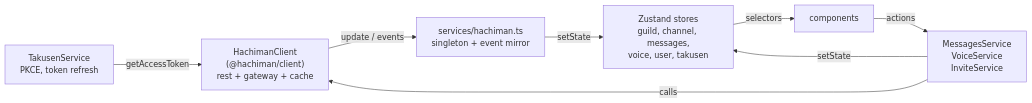
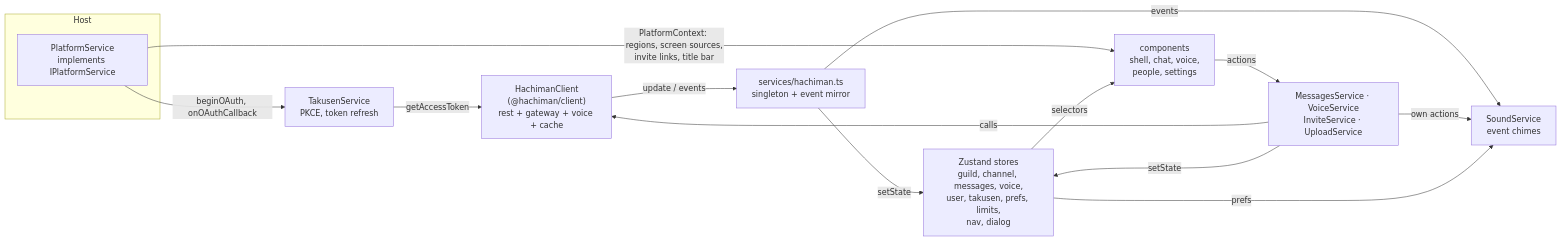
One commit to dan-hummelstad/hachiman changed the fourth of 4 diagrams in README.md. Above: the diagram before and after it, drawn with Mermaid. The commit also changed other lines of this file and 32 other files, not shown here.

````diff
--- a/README.md
+++ b/README.md
@@ -116,17 +170,27 @@
 ```mermaid
 flowchart LR
-  HC["HachimanClient<br/>(@hachiman/client)<br/>rest + gateway + cache"]
-  OS[TakusenService<br/>PKCE, token refresh]
+  subgraph Host
+    PS[PlatformService<br/>implements IPlatformService]
+  end
+
+  HC["HachimanClient<br/>(@hachiman/client)<br/>rest + gateway + voice + cache"]
   H[services/hachiman.ts<br/>singleton + event mirror]
-  S[MessagesService<br/>VoiceService<br/>InviteService]
-  ST[Zustand stores<br/>guild, channel, messages,<br/>voice, user, takusen]
-  UI[components]
+  TS[TakusenService<br/>PKCE, token refresh]
+  S[MessagesService · VoiceService<br/>InviteService · UploadService]
+  SND[SoundService<br/>event chimes]
+  ST[Zustand stores<br/>guild, channel, messages, voice,<br/>user, takusen, prefs, limits,<br/>nav, dialog]
+  UI[components<br/>shell, chat, voice,<br/>people, settings]
 
-  OS -- getAccessToken --> HC
+  PS -- beginOAuth, onOAuthCallback --> TS
+  PS -- PlatformContext: regions, screen sources,<br/>invite links, title bar --> UI
+  TS -- getAccessToken --> HC
   HC -- update / events --> H
   H -- setState --> ST
+  H -- events --> SND
+  S -- own actions --> SND
   S -- calls --> HC
   S -- setState --> ST
+  ST -- prefs --> SND
   ST -- selectors --> UI
   UI -- actions --> S
 ```
````
